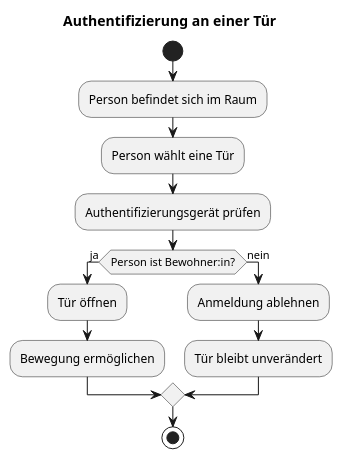
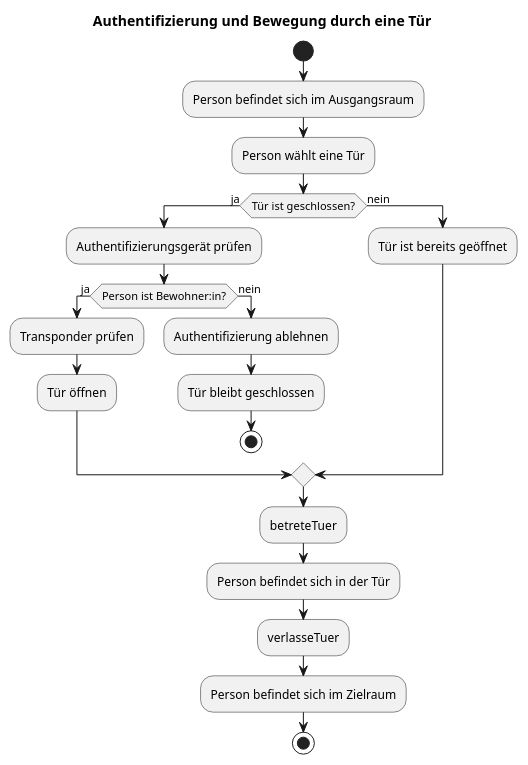
One commit to AnnaLiviaMartin/rs-smart-home changed the fifth of 6 diagrams in docs/IDEE.md. Above: the diagram before and after it, drawn with PlantUML. The commit also changed other lines of this file, not shown here.

````diff
--- a/docs/IDEE.md
+++ b/docs/IDEE.md
@@ -271,21 +290,33 @@
 ```plantuml
 @startuml
-title Authentifizierung an einer Tür
+title Authentifizierung und Bewegung durch eine Tür
 
 start
 
-:Person befindet sich im Raum;
+:Person befindet sich im Ausgangsraum;
 :Person wählt eine Tür;
-:Authentifizierungsgerät prüfen;
 
-if (Person ist Bewohner:in?) then (ja)
-  :Tür öffnen;
-  :Bewegung ermöglichen;
+if (Tür ist geschlossen?) then (ja)
+  :Authentifizierungsgerät prüfen;
+
+  if (Person ist Bewohner:in?) then (ja)
+    :Transponder prüfen;
+    :Tür öffnen;
+  else (nein)
+    :Authentifizierung ablehnen;
+    :Tür bleibt geschlossen;
+    stop
+  endif
 else (nein)
-  :Anmeldung ablehnen;
-  :Tür bleibt unverändert;
+  :Tür ist bereits geöffnet;
 endif
+
+:betreteTuer;
+:Person befindet sich in der Tür;
+:verlasseTuer;
+:Person befindet sich im Zielraum;
 
 stop
 @enduml
+
 ```
````
